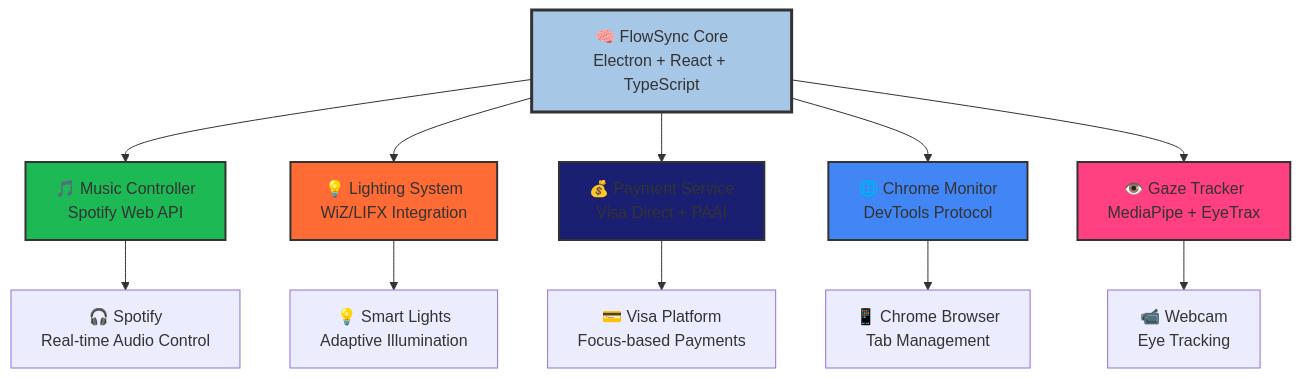
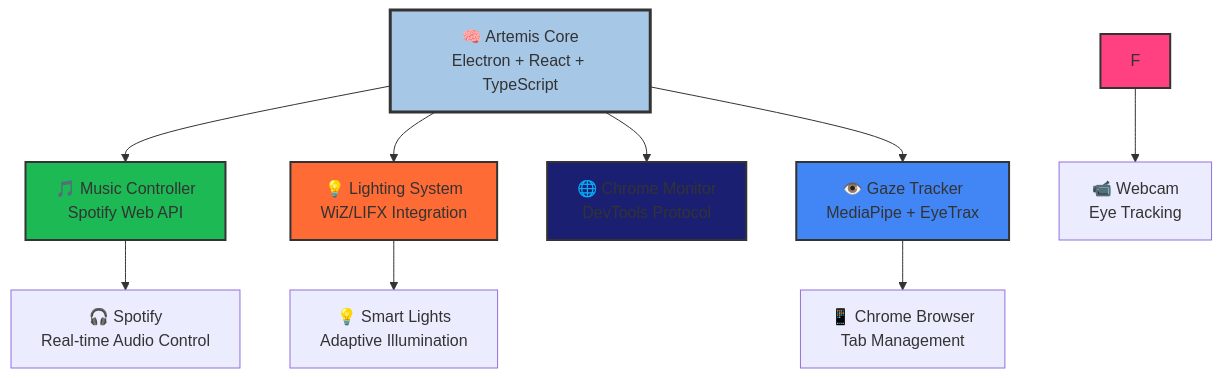
One commit to tgondil/artemis changed the first of 2 diagrams in README.md. Above: the diagram before and after it, drawn with Mermaid. The commit also changed other lines of this file, not shown here.

````diff
--- a/README.md
+++ b/README.md
@@ -60,21 +59,19 @@
 ```mermaid
 graph TB
-    A[🧠 FlowSync Core<br/>Electron + React + TypeScript] --> B[🎵 Music Controller<br/>Spotify Web API]
+    A[🧠 Artemis Core<br/>Electron + React + TypeScript] --> B[🎵 Music Controller<br/>Spotify Web API]
     A --> C[💡 Lighting System<br/>WiZ/LIFX Integration]
-    A --> D[💰 Payment Service<br/>Visa Direct + PAAI]
-    A --> E[🌐 Chrome Monitor<br/>DevTools Protocol]
-    A --> F[👁️ Gaze Tracker<br/>MediaPipe + EyeTrax]
+    A --> D[🌐 Chrome Monitor<br/>DevTools Protocol]
+    A --> E[👁️ Gaze Tracker<br/>MediaPipe + EyeTrax]
     
     B --> G[🎧 Spotify<br/>Real-time Audio Control]
     C --> H[💡 Smart Lights<br/>Adaptive Illumination]
-    D --> I[💳 Visa Platform<br/>Focus-based Payments]
     E --> J[📱 Chrome Browser<br/>Tab Management]
     F --> K[📹 Webcam<br/>Eye Tracking]
     
     style A fill:#A7C7E7,stroke:#333,stroke-width:3px
     style B fill:#1DB954,stroke:#333,stroke-width:2px
     style C fill:#FF6B35,stroke:#333,stroke-width:2px
     style D fill:#1A1F71,stroke:#333,stroke-width:2px
     style E fill:#4285F4,stroke:#333,stroke-width:2px
     style F fill:#FF4081,stroke:#333,stroke-width:2px
 ```
````
